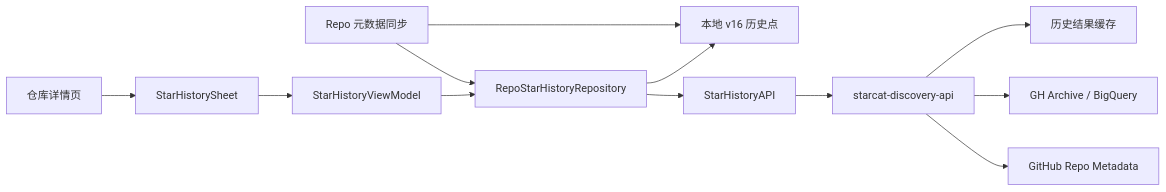
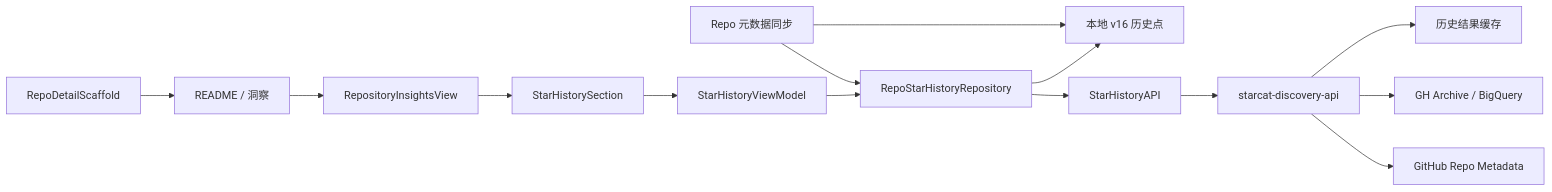
Before and after one commit to starcat-app/Starcat: the diagram in docs/3-设计/详细设计/50-仓库星标历史整体落地方案.md, drawn with Mermaid. The commit also changed other lines of this file and 3 other files, not shown here.

````diff
--- a/docs/3-设计/详细设计/50-仓库星标历史整体落地方案.md
+++ b/docs/3-设计/详细设计/50-仓库星标历史整体落地方案.md
@@ -109,14 +118,16 @@
 ```mermaid
 flowchart LR
-    A["仓库详情页"] --> B["StarHistorySheet"]
-    B --> C["StarHistoryViewModel"]
-    C --> D["RepoStarHistoryRepository"]
-    D --> E["本地 v16 历史点"]
-    D --> F["StarHistoryAPI"]
-    F --> G["starcat-discovery-api"]
-    G --> H["历史结果缓存"]
-    G --> I["GH Archive / BigQuery"]
-    G --> J["GitHub Repo Metadata"]
-    K["Repo 元数据同步"] --> D
-    K --> E
+    A["RepoDetailScaffold"] --> B["README / 洞察"]
+    B --> C["RepositoryInsightsView"]
+    C --> D["StarHistorySection"]
+    D --> E["StarHistoryViewModel"]
+    E --> F["RepoStarHistoryRepository"]
+    F --> G["本地 v16 历史点"]
+    F --> H["StarHistoryAPI"]
+    H --> I["starcat-discovery-api"]
+    I --> J["历史结果缓存"]
+    I --> K["GH Archive / BigQuery"]
+    I --> L["GitHub Repo Metadata"]
+    M["Repo 元数据同步"] --> F
+    M --> G
 ```
````
